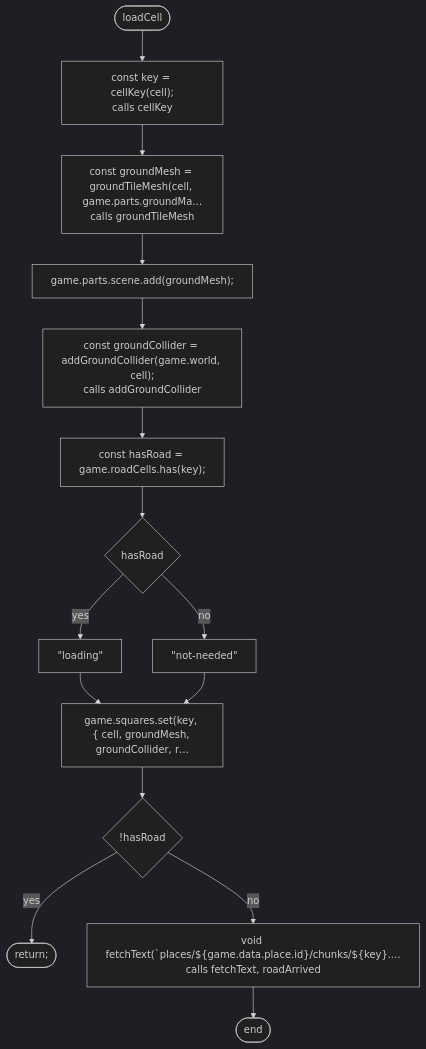
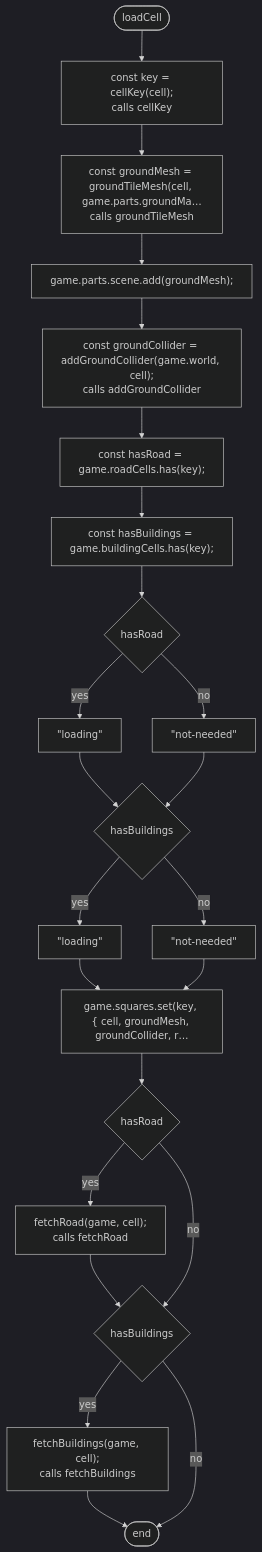
Before and after one commit to NewDara-Star/world-engine: the second of 10 diagrams in docs/flows/src/game/streaming.md, drawn with Mermaid (dark theme). The commit also changed other lines of this file and 306 other files, not shown here.

````diff
--- a/docs/flows/src/game/streaming.md
+++ b/docs/flows/src/game/streaming.md
@@ -48,31 +48,44 @@
 ```mermaid
 flowchart TD
   n1(["loadCell"])
   n2["const key = cellKey(cell);<br/>calls cellKey"]
   n3["const groundMesh = groundTileMesh(cell, game.parts.groundMa…<br/>calls groundTileMesh"]
   n4["game.parts.scene.add(groundMesh);"]
   n5["const groundCollider = addGroundCollider(game.world, cell);<br/>calls addGroundCollider"]
   n6["const hasRoad = game.roadCells.has(key);"]
-  n7{"hasRoad"}
-  n8["#quot;loading#quot;"]
-  n9["#quot;not-needed#quot;"]
-  n10["game.squares.set(key, { cell, groundMesh, groundCollider, r…"]
-  n11{"!hasRoad"}
-  n12(["return;"])
-  n13["void fetchText(#96;places/${game.data.place.id}/chunks/${key}.…<br/>calls fetchText, roadArrived"]
-  n14(["end"])
+  n7["const hasBuildings = game.buildingCells.has(key);"]
+  n8{"hasRoad"}
+  n9["#quot;loading#quot;"]
+  n10["#quot;not-needed#quot;"]
+  n11{"hasBuildings"}
+  n12["#quot;loading#quot;"]
+  n13["#quot;not-needed#quot;"]
+  n14["game.squares.set(key, { cell, groundMesh, groundCollider, r…"]
+  n15{"hasRoad"}
+  n16["fetchRoad(game, cell);<br/>calls fetchRoad"]
+  n17{"hasBuildings"}
+  n18["fetchBuildings(game, cell);<br/>calls fetchBuildings"]
+  n19(["end"])
   n1 --> n2
   n2 --> n3
   n3 --> n4
   n4 --> n5
   n5 --> n6
   n6 --> n7
-  n7 -->|"yes"| n8
-  n7 -->|"no"| n9
-  n8 --> n10
-  n9 --> n10
+  n7 --> n8
+  n8 -->|"yes"| n9
+  n8 -->|"no"| n10
+  n9 --> n11
   n10 --> n11
   n11 -->|"yes"| n12
   n11 -->|"no"| n13
+  n12 --> n14
   n13 --> n14
+  n14 --> n15
+  n15 -->|"yes"| n16
+  n16 --> n17
+  n15 -->|"no"| n17
+  n17 -->|"yes"| n18
+  n18 --> n19
+  n17 -->|"no"| n19
 ```
````
